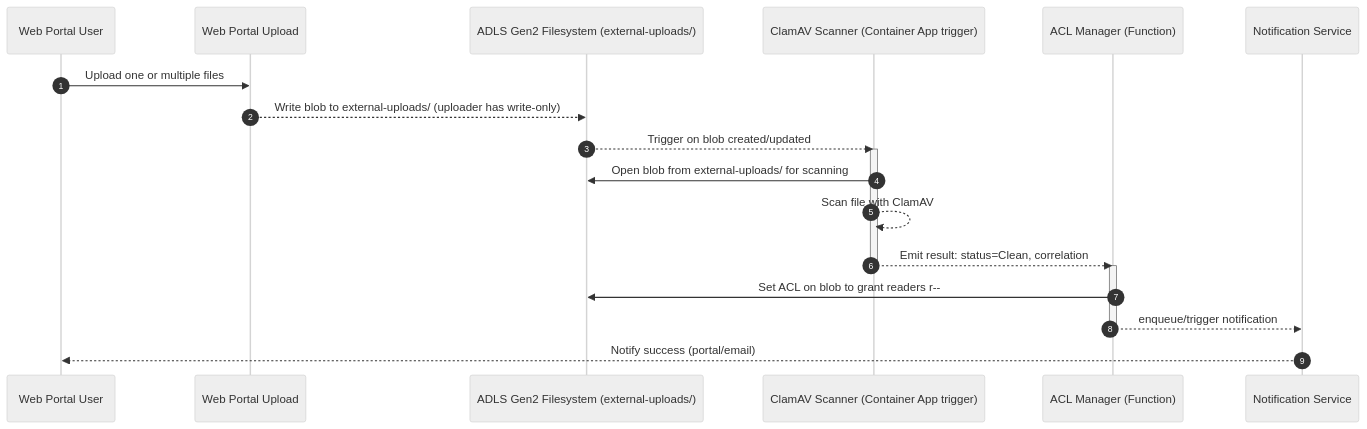
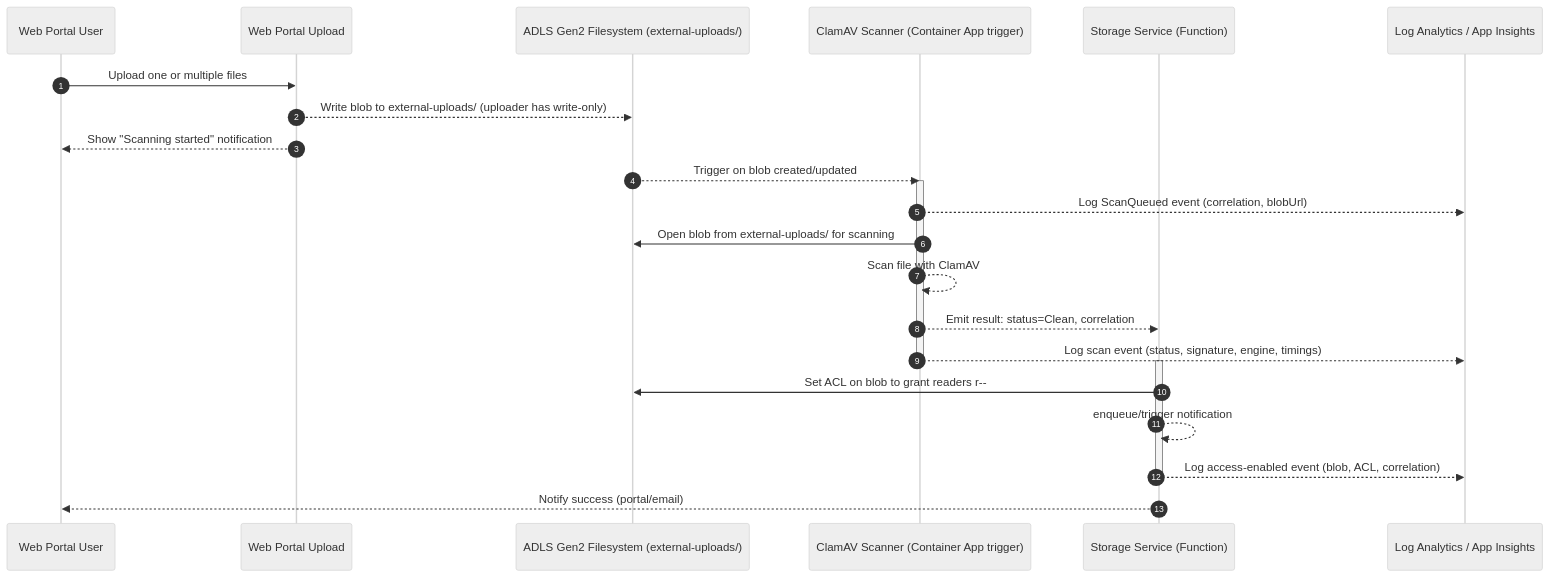
One commit to ssc-sp/datahub-docs changed the first of 2 diagrams in DeveloperGuide/ClamAV/clamav-ACLs.md. Above: the diagram before and after it, drawn with Mermaid (neutral theme). The commit also changed other lines of this file and 2 other files, not shown here.

````diff
--- a/DeveloperGuide/ClamAV/clamav-ACLs.md
+++ b/DeveloperGuide/ClamAV/clamav-ACLs.md
@@ -25,24 +28,28 @@
 ```mermaid
 sequenceDiagram
 autonumber
 participant U as Web Portal User
 participant UC as Web Portal Upload
 participant FS as ADLS Gen2 Filesystem (external-uploads/)
 participant AV as ClamAV Scanner (Container App trigger)
-participant AS as ACL Manager (Function)
-participant N as Notification Service
+participant AS as Storage Service (Function)
+participant L as Log Analytics / App Insights
 
 U->>UC: Upload one or multiple files
 UC-->>FS: Write blob to external-uploads/ (uploader has write-only)
+UC-->>U: Show "Scanning started" notification
 FS-->>AV: Trigger on blob created/updated
 activate AV
+AV-->>L: Log ScanQueued event (correlation, blobUrl)
 AV->>FS: Open blob from external-uploads/ for scanning
 AV-->>AV: Scan file with ClamAV
 AV-->>AS: Emit result: status=Clean, correlation
+AV-->>L: Log scan event (status, signature, engine, timings)
 deactivate AV
 activate AS
 AS->>FS: Set ACL on blob to grant readers r--
-AS-->>N: enqueue/trigger notification
+AS-->>AS: enqueue/trigger notification
+AS-->>L: Log access-enabled event (blob, ACL, correlation)
 deactivate AS
-N-->>U: Notify success (portal/email)
+AS-->>U: Notify success (portal/email)
 ```
````
